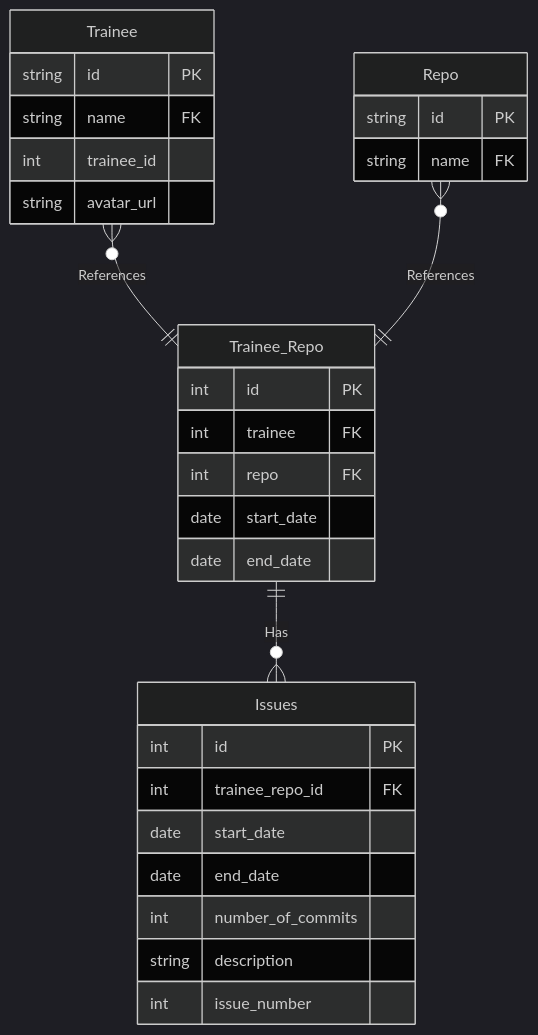
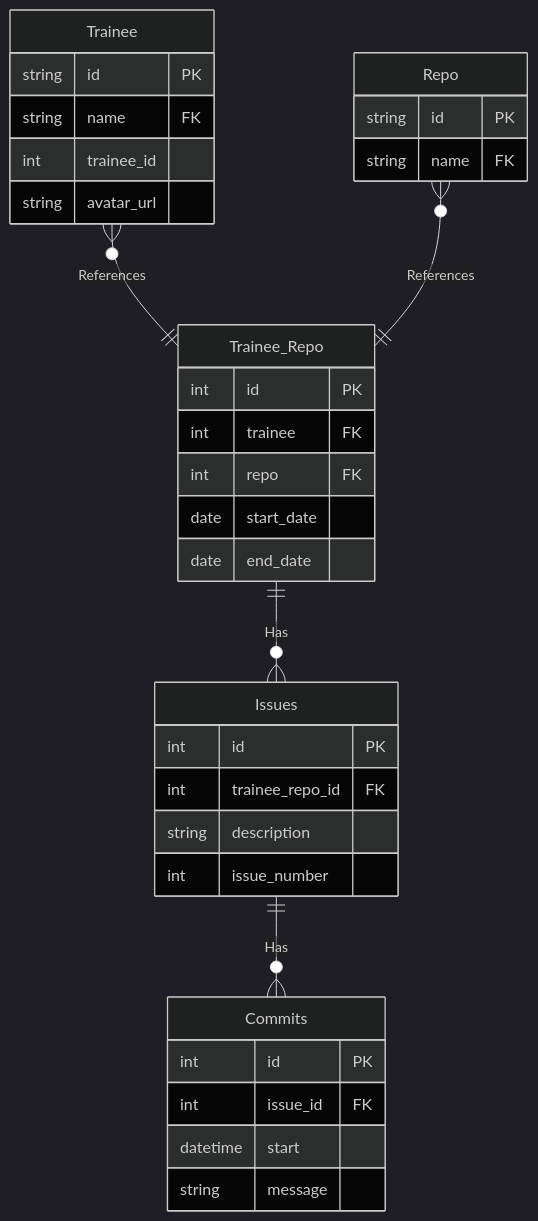
One commit to Educom-Trainees/educom-do-i-code changed the diagram in backend-main/ERD.md. Above: the diagram before and after it, drawn with Mermaid (dark theme).

Commit message:
#4: Commits toegevoegd aan ERD

````diff
--- a/backend-main/ERD.md
+++ b/backend-main/ERD.md
@@ -2,32 +2,37 @@
 ```mermaid
 erDiagram
     Trainee {
         string id    PK
         string name  FK
         int    trainee_id
         string avatar_url 
     }
     Repo {
         string id    PK
         string name  FK
     }
     Trainee_Repo {
         int    id PK
         int    trainee FK
         int    repo FK
         date   start_date
         date   end_date
     }
     Trainee }o--|| Trainee_Repo : References 
     Repo }o--|| Trainee_Repo : References 
     Issues {
         int    id              PK
         int    trainee_repo_id FK
-        date   start_date
-        date   end_date
-        int    number_of_commits  
         string description
         int    issue_number  
     }    
     Trainee_Repo ||--o{ Issues : Has
+
+    Commits {
+        int id PK
+        int issue_id FK
+        datetime start
+        string message
+    }
+    Issues ||--o{ Commits : Has
 ```
````
